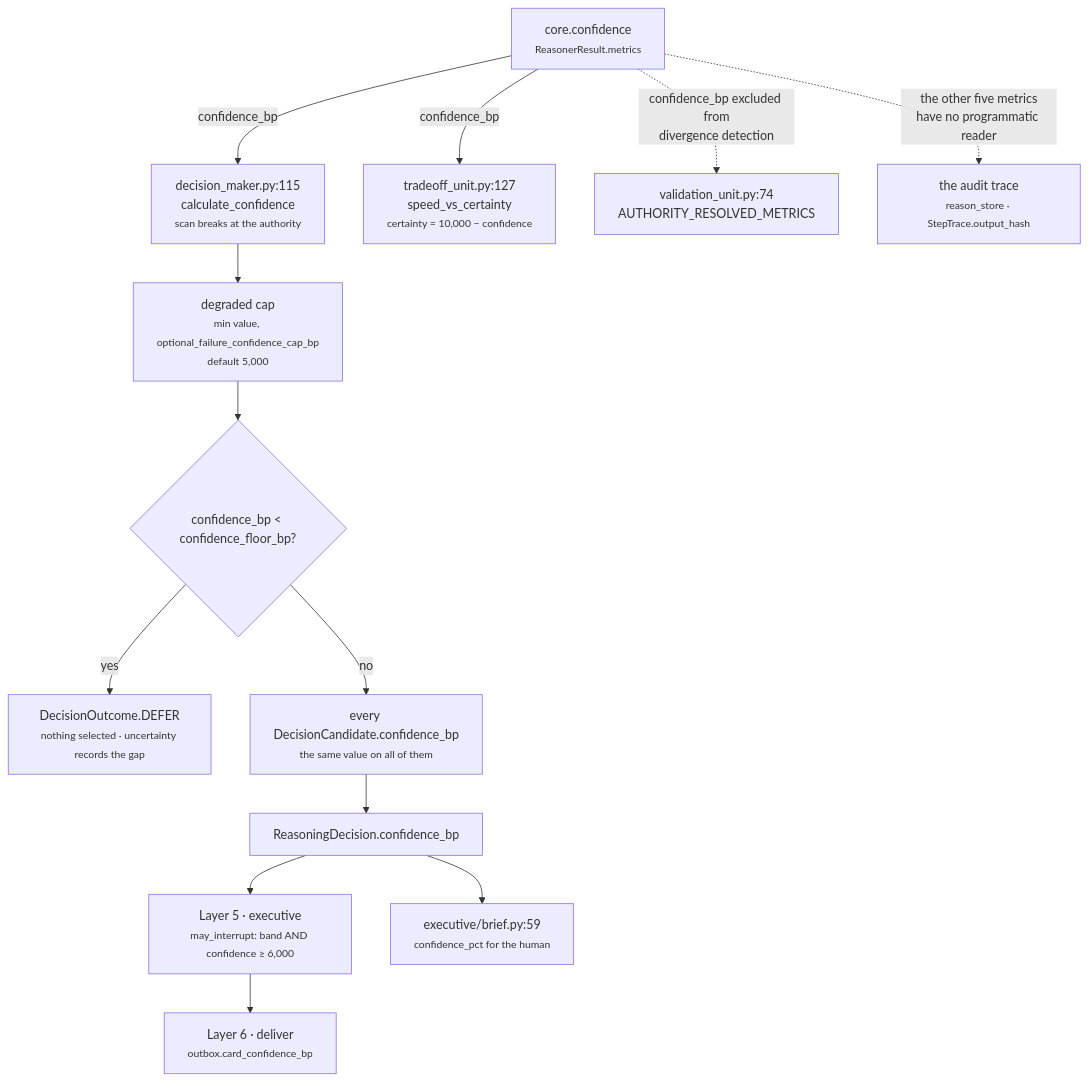
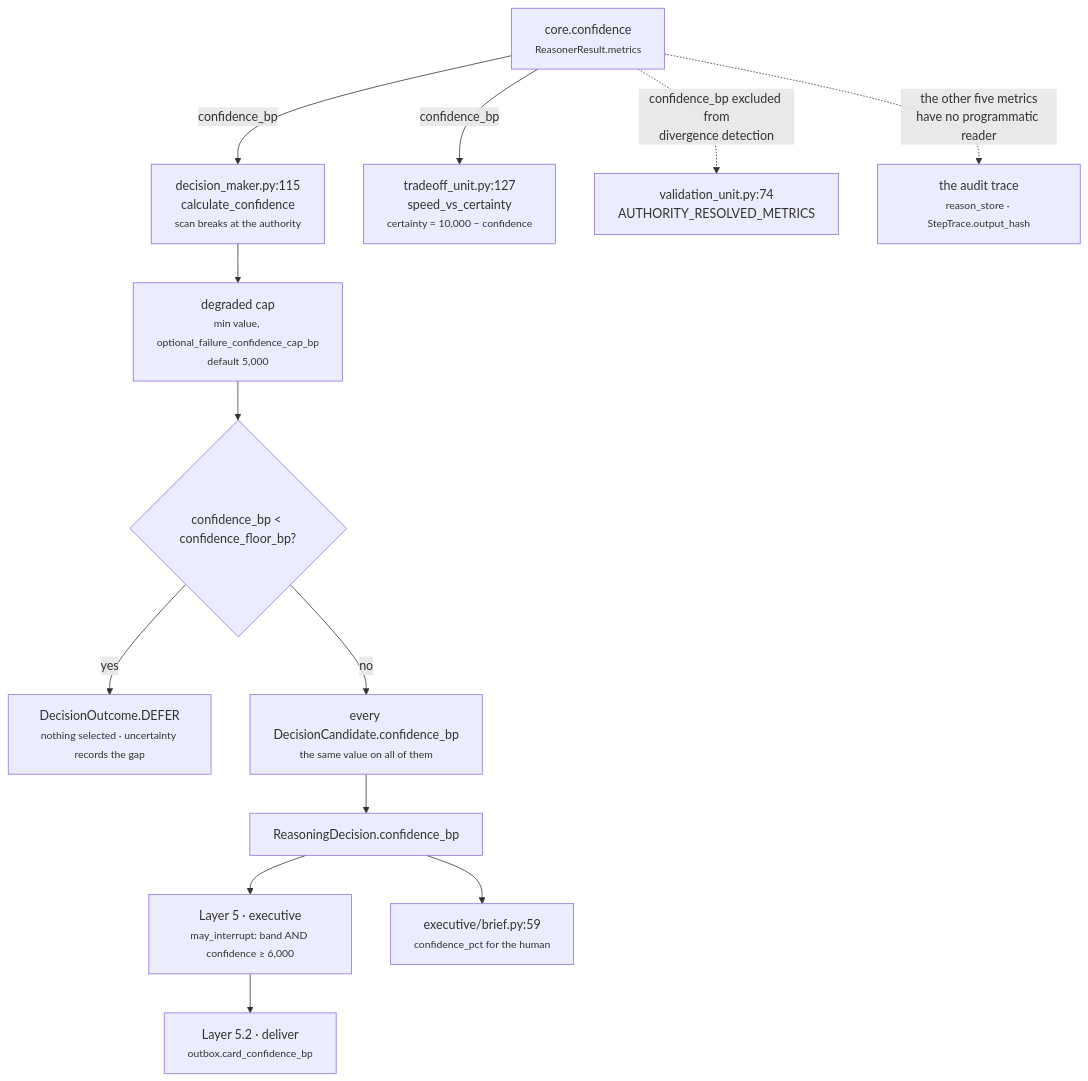
The second of 2 diagrams in System Design/Layer-4-Reasoning-Engine/02-Reasoning-Units/02-Business-Evaluation/core.confidence/06-Builder-and-Metrics.md (themoronss/genios-brain), drawn with Mermaid before and after one commit. The commit also changed other lines of this file and 316 other files, not shown here.

````diff
--- a/System Design/Layer-4-Reasoning-Engine/02-Reasoning-Units/02-Business-Evaluation/core.confidence/06-Builder-and-Metrics.md
+++ b/System Design/Layer-4-Reasoning-Engine/02-Reasoning-Units/02-Business-Evaluation/core.confidence/06-Builder-and-Metrics.md
@@ -279,18 +279,18 @@
 ```mermaid
 flowchart TD
     U["core.confidence<br/><small>ReasonerResult.metrics</small>"]
 
     U -- "confidence_bp" --> DM["decision_maker.py:115<br/>calculate_confidence<br/><small>scan breaks at the authority</small>"]
     U -- "confidence_bp" --> TR["tradeoff_unit.py:127<br/>speed_vs_certainty<br/><small>certainty = 10,000 − confidence</small>"]
     U -. "confidence_bp excluded from<br/>divergence detection" .-> VA["validation_unit.py:74<br/>AUTHORITY_RESOLVED_METRICS"]
     U -. "the other five metrics<br/>have no programmatic reader" .-> AUD["the audit trace<br/><small>reason_store · StepTrace.output_hash</small>"]
 
     DM --> DEG["degraded cap<br/><small>min value, optional_failure_confidence_cap_bp<br/>default 5,000</small>"]
     DEG --> FLOOR{"confidence_bp < confidence_floor_bp?"}
     FLOOR -->|yes| DEFER["DecisionOutcome.DEFER<br/><small>nothing selected · uncertainty records the gap</small>"]
     FLOOR -->|no| CAND["every DecisionCandidate.confidence_bp<br/><small>the same value on all of them</small>"]
     CAND --> DEC["ReasoningDecision.confidence_bp"]
     DEC --> EX["Layer 5 · executive<br/><small>may_interrupt: band AND confidence ≥ 6,000</small>"]
     DEC --> BR["executive/brief.py:59<br/><small>confidence_pct for the human</small>"]
-    EX --> L6["Layer 6 · deliver<br/><small>outbox.card_confidence_bp</small>"]
+    EX --> D52["Layer 5.2 · deliver<br/><small>outbox.card_confidence_bp</small>"]
 ```
````
